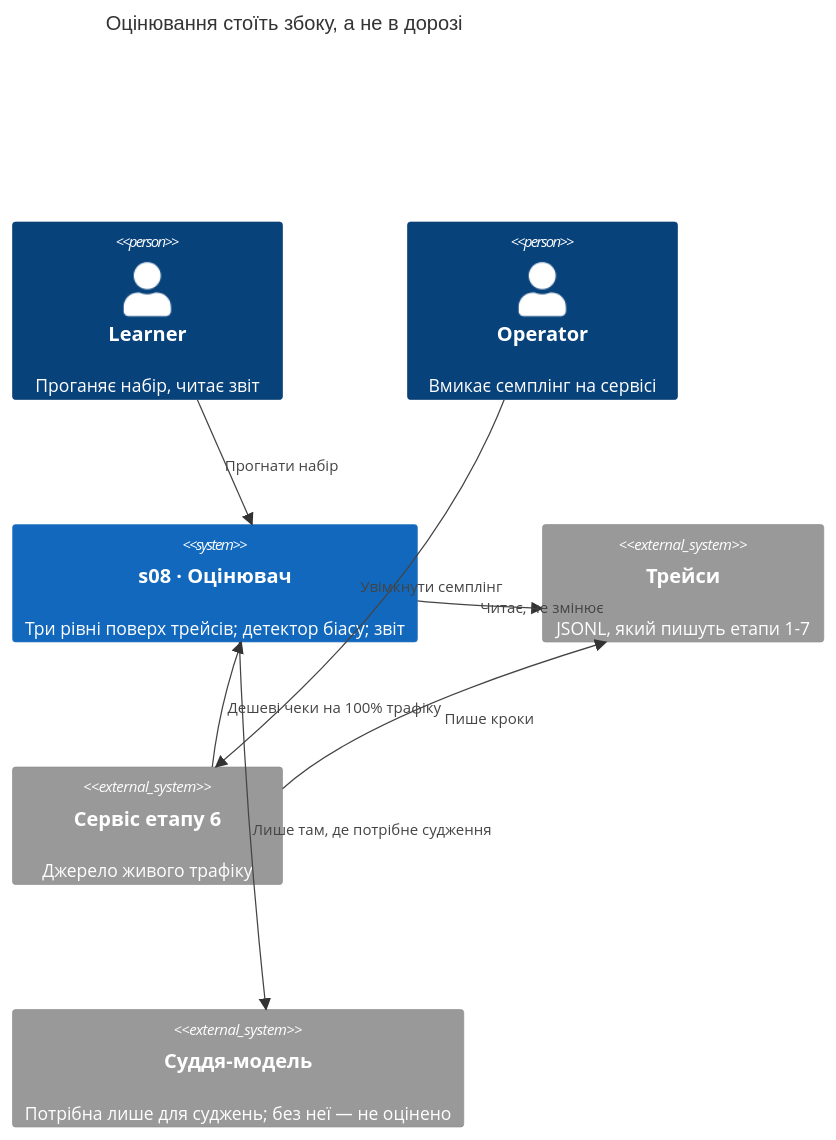
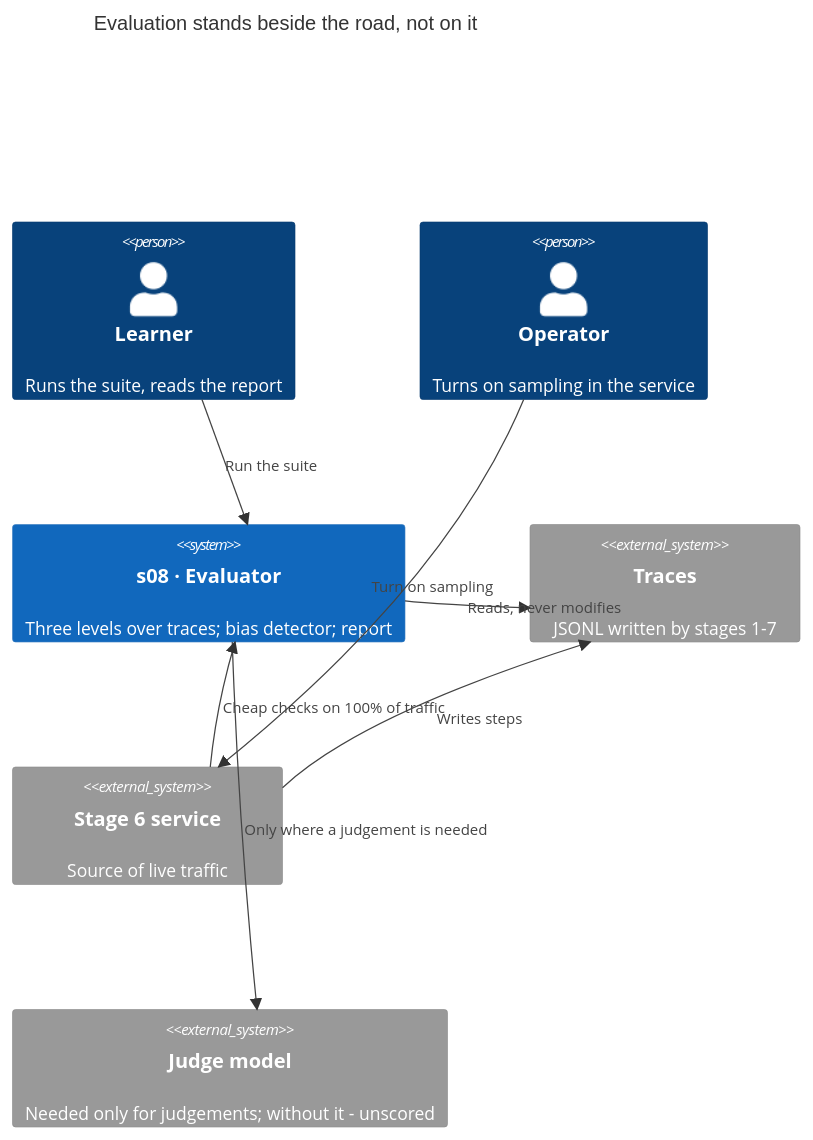
One commit to AZANIR/agentic-ai changed the first of 6 diagrams in docs/features/s08-eval/sad.md. Above: the diagram before and after it, drawn with Mermaid. The commit also changed other lines of this file and 245 other files, not shown here.

````diff
--- a/docs/features/s08-eval/sad.md
+++ b/docs/features/s08-eval/sad.md
@@ -55,19 +56,19 @@
 ```mermaid
 C4Context
-    title Оцінювання стоїть збоку, а не в дорозі
+    title Evaluation stands beside the road, not on it
 
-    Person(learner, "Learner", "Проганяє набір, читає звіт")
-    Person(operator, "Operator", "Вмикає семплінг на сервісі")
+    Person(learner, "Learner", "Runs the suite, reads the report")
+    Person(operator, "Operator", "Turns on sampling in the service")
 
-    System(eval, "s08 · Оцінювач", "Три рівні поверх трейсів; детектор біасу; звіт")
-    System_Ext(traces, "Трейси", "JSONL, який пишуть етапи 1-7")
-    System_Ext(service, "Сервіс етапу 6", "Джерело живого трафіку")
-    System_Ext(model, "Суддя-модель", "Потрібна лише для суджень; без неї — не оцінено")
+    System(eval, "s08 · Evaluator", "Three levels over traces; bias detector; report")
+    System_Ext(traces, "Traces", "JSONL written by stages 1-7")
+    System_Ext(service, "Stage 6 service", "Source of live traffic")
+    System_Ext(model, "Judge model", "Needed only for judgements; without it - unscored")
 
-    Rel(learner, eval, "Прогнати набір")
-    Rel(operator, service, "Увімкнути семплінг")
-    Rel(service, traces, "Пише кроки")
-    Rel(eval, traces, "Читає, не змінює")
-    Rel(eval, model, "Лише там, де потрібне судження")
-    Rel(service, eval, "Дешеві чеки на 100% трафіку")
+    Rel(learner, eval, "Run the suite")
+    Rel(operator, service, "Turn on sampling")
+    Rel(service, traces, "Writes steps")
+    Rel(eval, traces, "Reads, never modifies")
+    Rel(eval, model, "Only where a judgement is needed")
+    Rel(service, eval, "Cheap checks on 100% of traffic")
 ```
````
